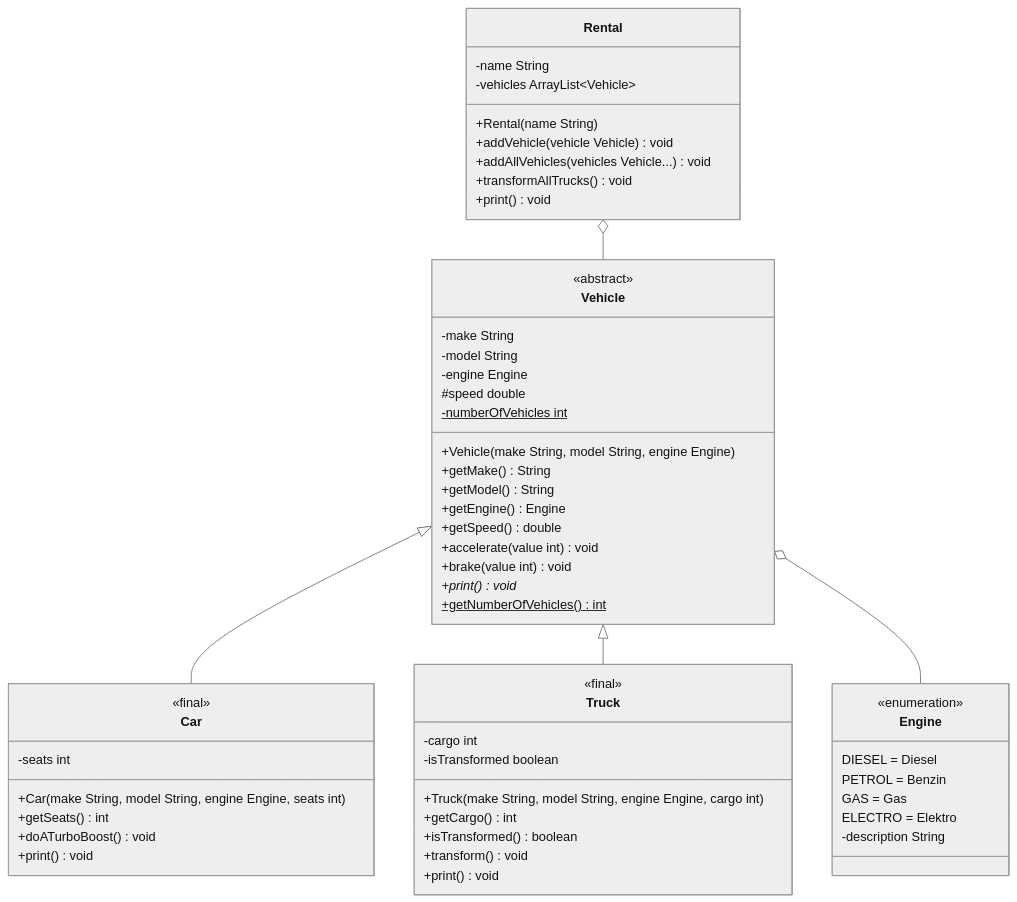
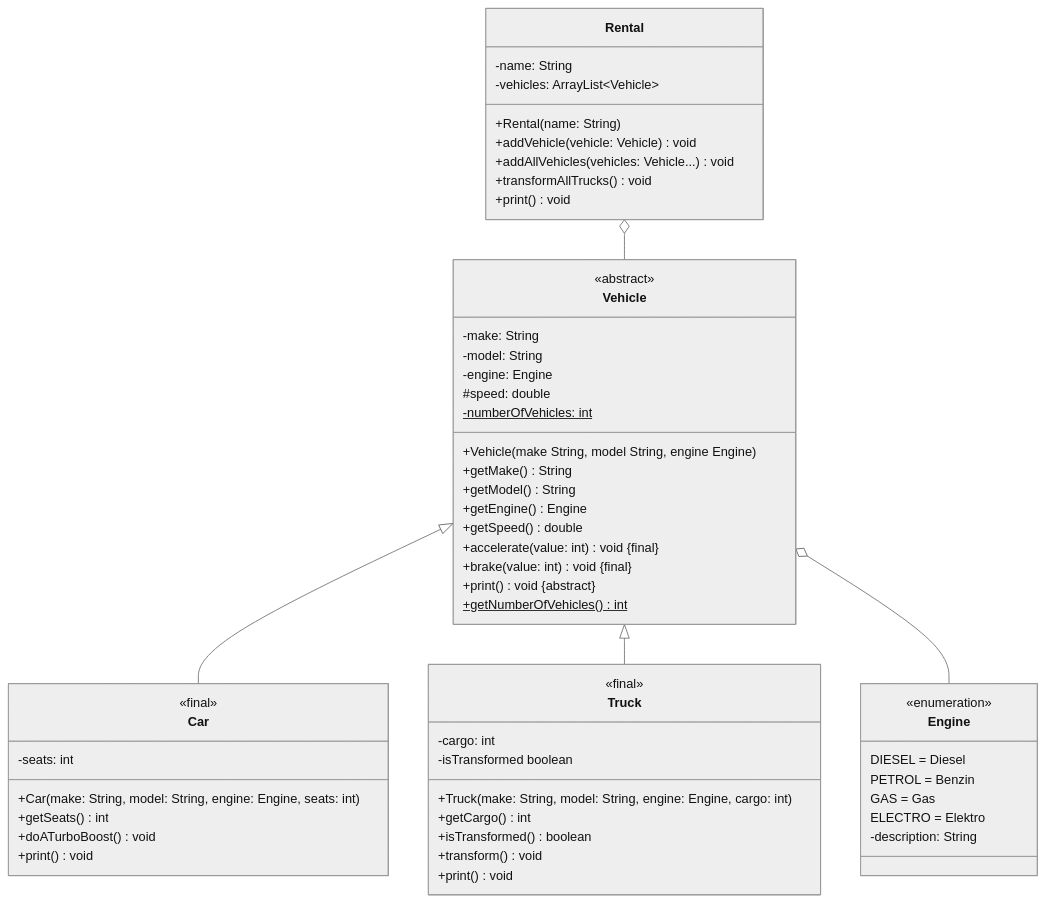
One commit to jappuccini/java-docs changed the diagram in docs/exercises/abstract-and-final/abstract-and-final01.mdx. Above: the diagram before and after it, drawn with Mermaid (neutral theme). The commit also changed 76 other files, not shown here.

Commit message:
uml fixes (colons, properties), headline fixes (italic) and exam result updates

````diff
--- a/docs/exercises/abstract-and-final/abstract-and-final01.mdx
+++ b/docs/exercises/abstract-and-final/abstract-and-final01.mdx
@@ -14,64 +14,64 @@
 ```mermaid
 classDiagram
     Vehicle <|-- Car
     Vehicle <|-- Truck
     Vehicle o-- Engine
     Rental o-- Vehicle
 
     class Vehicle {
         <<abstract>>
-        -make String
-        -model String
-        -engine Engine
-        #speed double
-        -numberOfVehicles int$
+        -make: String
+        -model: String
+        -engine: Engine
+        #speed: double
+        -numberOfVehicles: int$
         +Vehicle(make String, model String, engine Engine)
         +getMake() String
         +getModel() String
         +getEngine() Engine
         +getSpeed() double
-        +accelerate(value int) void
-        +brake(value int) void
-        +print()* void
+        +accelerate(value: int) void &#123final&#125
+        +brake(value: int) void &#123final&#125
+        +print() void &#123abstract&#125
         +getNumberOfVehicles()$ int
     }
 
     class Engine {
         <<enumeration>>
         DIESEL = Diesel
         PETROL = Benzin
         GAS = Gas
         ELECTRO = Elektro
-        -description String
+        -description: String
     }
 
     class Car {
         <<final>>
-        -seats int
-        +Car(make String, model String, engine Engine, seats int)
+        -seats: int
+        +Car(make: String, model: String, engine: Engine, seats: int)
         +getSeats() int
         +doATurboBoost() void
         +print() void
     }
 
     class Truck {
         <<final>>
-        -cargo int
+        -cargo: int
         -isTransformed boolean
-        +Truck(make String, model String, engine Engine, cargo int)
+        +Truck(make: String, model: String, engine: Engine, cargo: int)
         +getCargo() int
         +isTransformed() boolean
         +transform() void
         +print() void
     }
 
     class Rental {
-        -name String
-        -vehicles ArrayList~Vehicle~
-        +Rental(name String)
-        +addVehicle(vehicle Vehicle) void
-        +addAllVehicles(vehicles Vehicle...) void
+        -name: String
+        -vehicles: ArrayList~Vehicle~
+        +Rental(name: String)
+        +addVehicle(vehicle: Vehicle) void
+        +addAllVehicles(vehicles: Vehicle...) void
         +transformAllTrucks() void
         +print() void
     }
 ```
````
